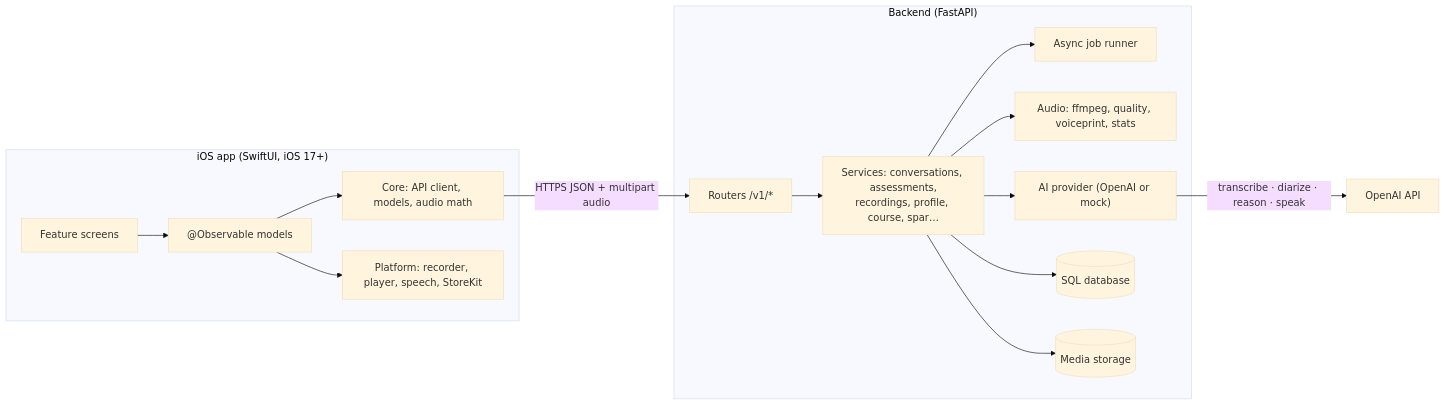
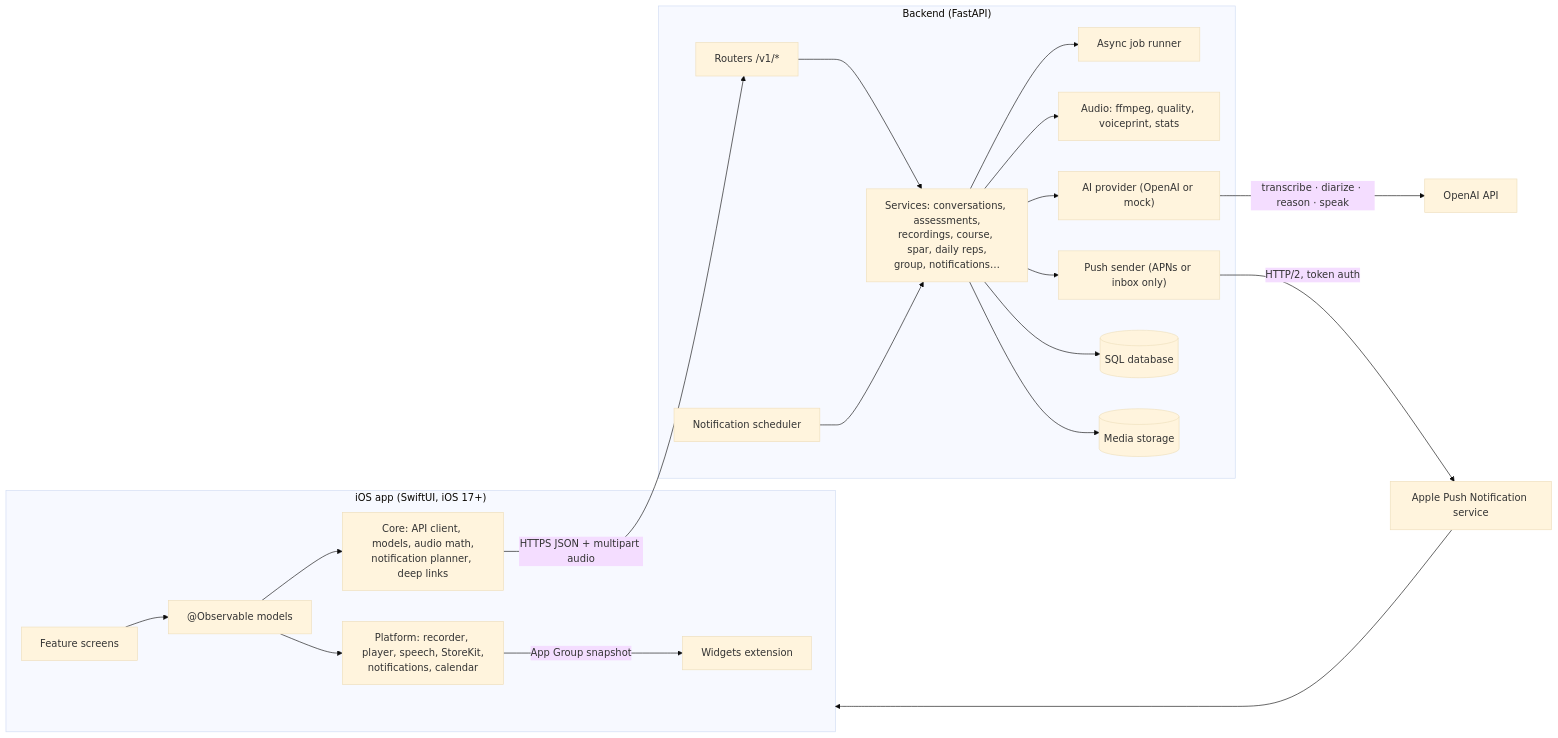
The diagram in docs/ARCHITECTURE.md (ashish0195/ummless), drawn with Mermaid (base theme) before and after one commit. The commit also changed other lines of this file and 4 other files, not shown here.

````diff
--- a/docs/ARCHITECTURE.md
+++ b/docs/ARCHITECTURE.md
@@ -3,18 +3,23 @@
 ```mermaid
 flowchart LR
     subgraph iOS["iOS app (SwiftUI, iOS 17+)"]
         UI["Feature screens"] --> Models["@Observable models"]
-        Models --> Core["Core: API client, models, audio math"]
-        Models --> Platform["Platform: recorder, player, speech, StoreKit"]
+        Models --> Core["Core: API client, models, audio math,\nnotification planner, deep links"]
+        Models --> Platform["Platform: recorder, player, speech, StoreKit,\nnotifications, calendar"]
+        Platform -- "App Group snapshot" --> Widgets["Widgets extension"]
     end
     Core -- "HTTPS JSON + multipart audio" --> API
     subgraph Backend["Backend (FastAPI)"]
-        API["Routers /v1/*"] --> Services["Services: conversations, assessments,\nrecordings, profile, course, spar…"]
+        API["Routers /v1/*"] --> Services["Services: conversations, assessments,\nrecordings, course, spar, daily reps,\ngroup, notifications…"]
         Services --> Jobs["Async job runner"]
+        Scheduler["Notification scheduler"] --> Services
         Services --> Audio["Audio: ffmpeg, quality, voiceprint, stats"]
         Services --> AI["AI provider (OpenAI or mock)"]
+        Services --> Push["Push sender (APNs or inbox only)"]
         Services --> DB[("SQL database")]
         Services --> Media[("Media storage")]
     end
     AI -- "transcribe · diarize · reason · speak" --> OpenAI["OpenAI API"]
+    Push -- "HTTP/2, token auth" --> APNs["Apple Push Notification service"]
+    APNs --> iOS
 ```
````
